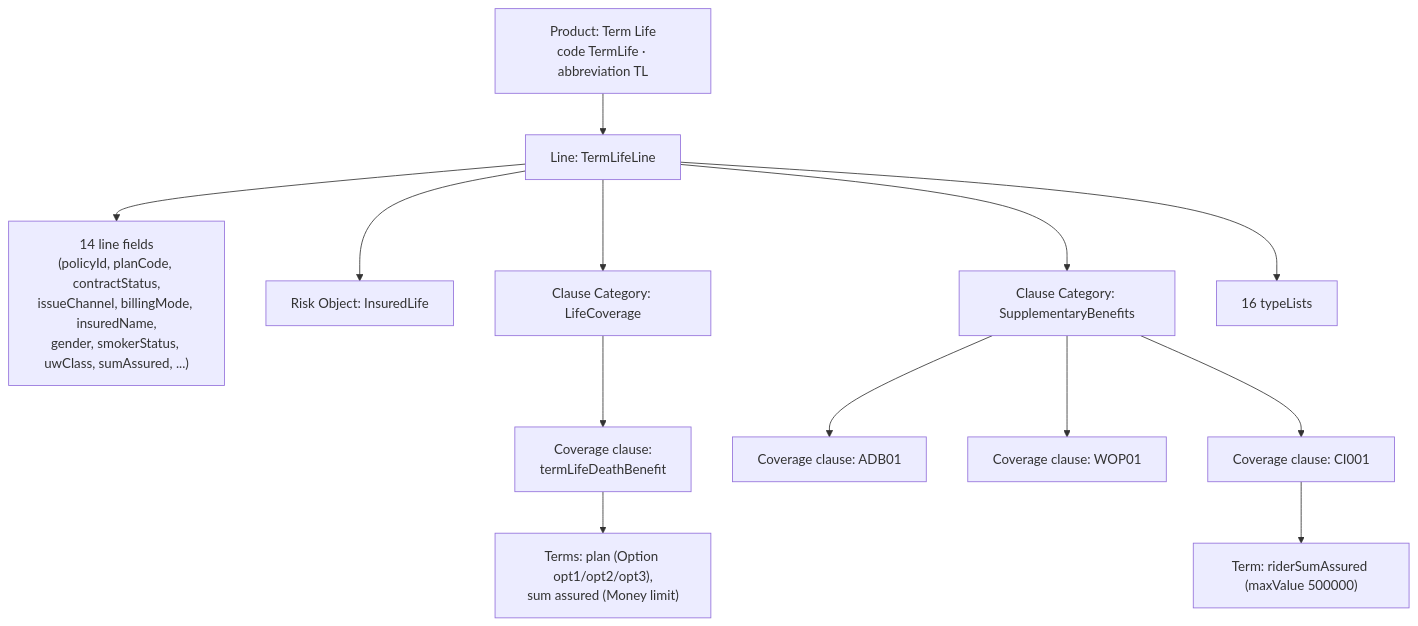
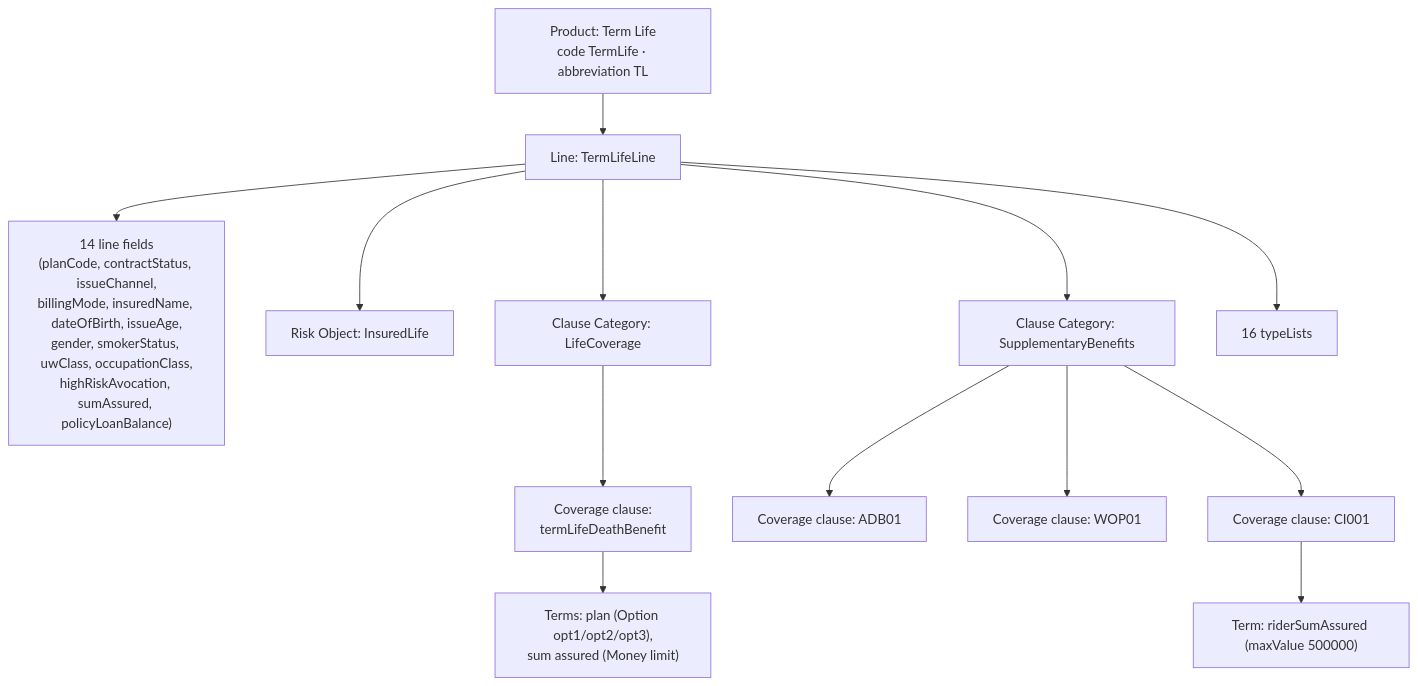
One commit to blitzy-public-samples/blitzy-LIFE400 changed the second of 2 diagrams in discovery/product-discovery-summary.md. Above: the diagram before and after it, drawn with Mermaid. The commit also changed other lines of this file and 1 other file, not shown here.

````diff
--- a/discovery/product-discovery-summary.md
+++ b/discovery/product-discovery-summary.md
@@ -292,15 +347,15 @@
 ```mermaid
 graph TD
     P["Product: Term Life<br/>code TermLife · abbreviation TL"] --> L["Line: TermLifeLine"]
-    L --> FLD["14 line fields<br/>(policyId, planCode, contractStatus,<br/>issueChannel, billingMode, insuredName,<br/>gender, smokerStatus, uwClass, sumAssured, ...)"]
+    L --> FLD["14 line fields<br/>(planCode, contractStatus, issueChannel,<br/>billingMode, insuredName, dateOfBirth, issueAge,<br/>gender, smokerStatus, uwClass, occupationClass,<br/>highRiskAvocation, sumAssured, policyLoanBalance)"]
     L --> RO["Risk Object: InsuredLife"]
     L --> CC1["Clause Category: LifeCoverage"]
     L --> CC2["Clause Category: SupplementaryBenefits"]
     L --> TLS["16 typeLists"]
     CC1 --> CL0["Coverage clause:<br/>termLifeDeathBenefit"]
     CC2 --> CL1["Coverage clause: ADB01"]
     CC2 --> CL2["Coverage clause: WOP01"]
     CC2 --> CL3["Coverage clause: CI001"]
     CL0 --> T0["Terms: plan (Option opt1/opt2/opt3),<br/>sum assured (Money limit)"]
     CL3 --> T3["Term: riderSumAssured (maxValue 500000)"]
 ```
````
